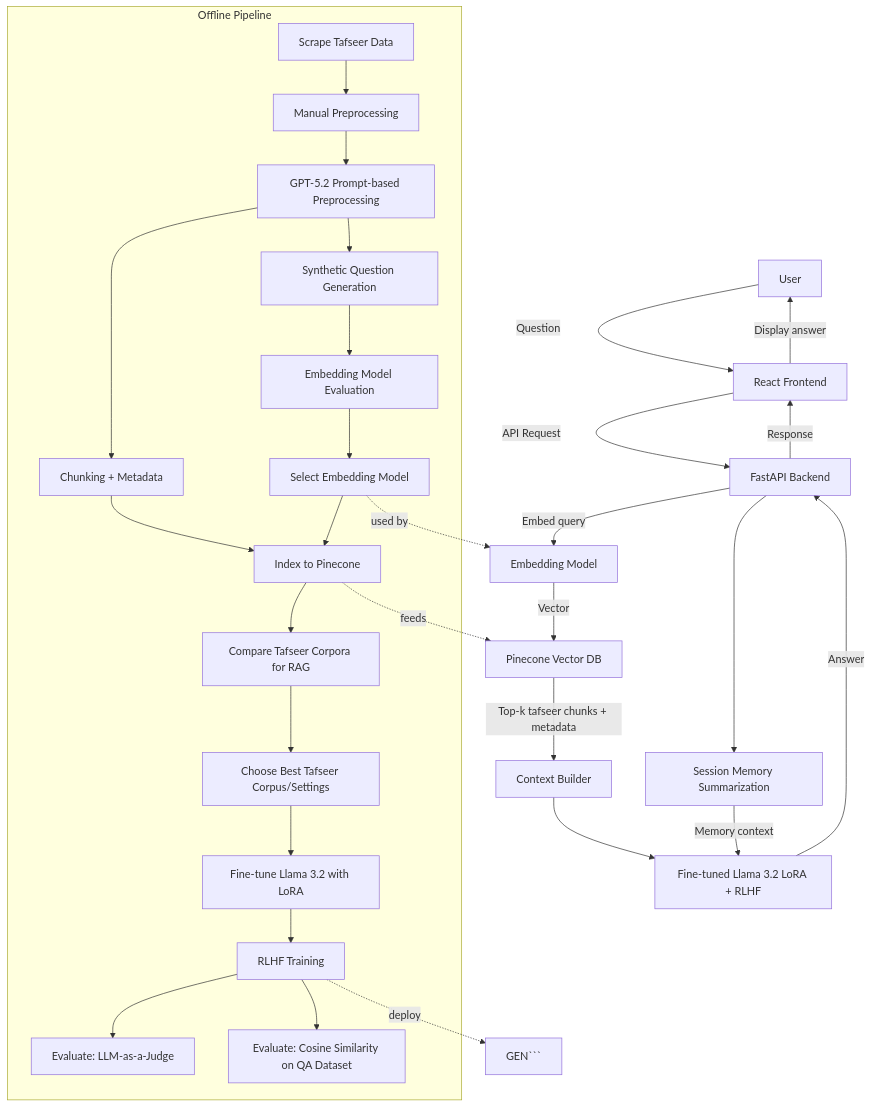
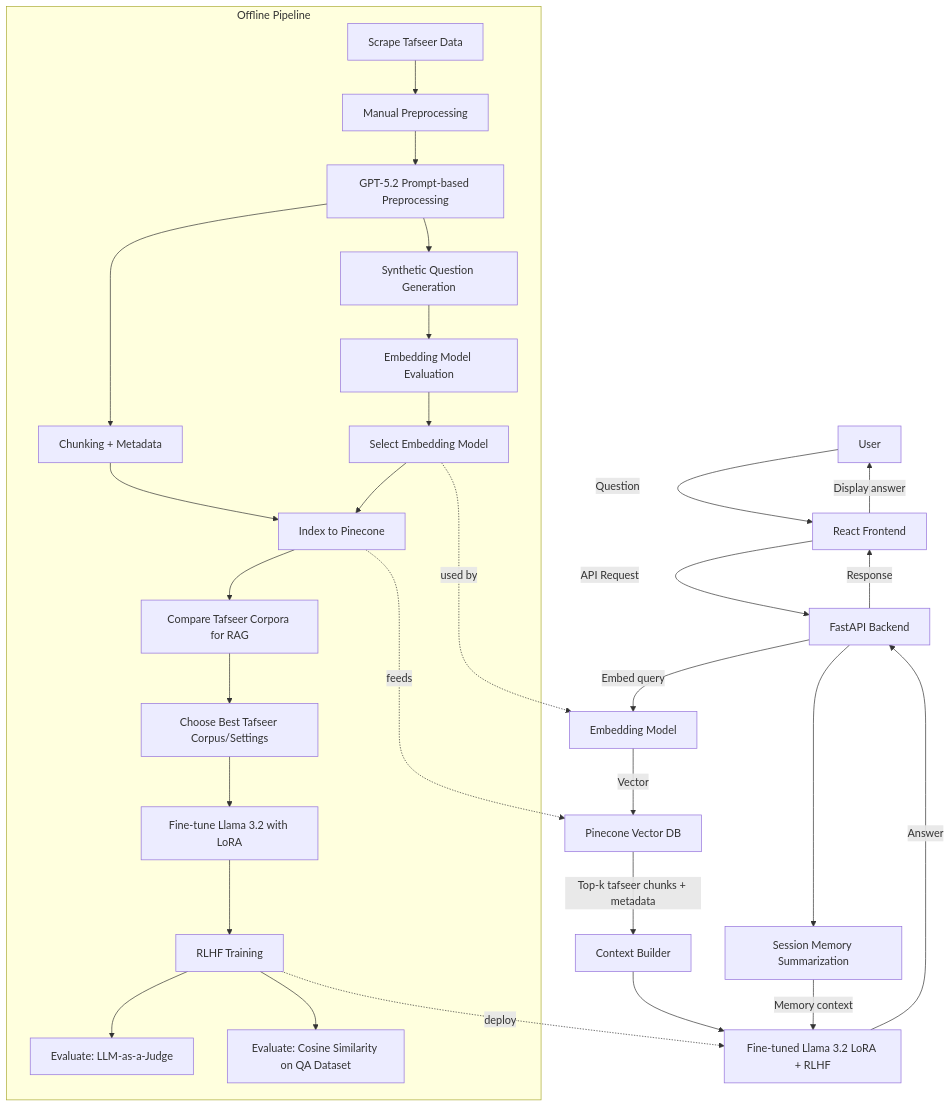
The diagram in README.md (AhmedAshraf4/Retrieval-Augmented-LLM-for-Quranic-and-Hadith-Based-Question-Answering-with-Source-Attribution), drawn with Mermaid before and after one commit.

Commit message:
Fix formatting in README.md

````diff
--- a/README.md
+++ b/README.md
@@ -59,48 +59,48 @@
 ```mermaid
 flowchart TB
   %% User interaction
   U[User] -->|Question| FE[React Frontend]
   FE -->|API Request| API[FastAPI Backend]
 
   %% Retrieval
   API -->|Embed query| EMBQ[Embedding Model]
   EMBQ -->|Vector| PC[Pinecone Vector DB]
   PC -->|Top-k tafseer chunks + metadata| CTX[Context Builder]
 
   %% Generation + Memory
   CTX --> GEN[Fine-tuned Llama 3.2 LoRA + RLHF]
   API --> MEM[Session Memory Summarization]
   MEM -->|Memory context| GEN
   GEN -->|Answer| API
   API -->|Response| FE
   FE -->|Display answer| U
 
   %% Offline training & evaluation (pipeline history)
   subgraph Offline Pipeline
     S1[Scrape Tafseer Data] --> S2[Manual Preprocessing]
     S2 --> S3[GPT-5.2 Prompt-based Preprocessing]
     S3 --> S4[Chunking + Metadata]
     S4 --> IDX[Index to Pinecone]
 
     %% Embedding model selection
     S3 --> QG[Synthetic Question Generation]
     QG --> EVALR[Embedding Model Evaluation]
     EVALR --> EMBSEL[Select Embedding Model]
     EMBSEL --> IDX
 
     %% Tafseer corpora comparison (happens before fine-tuning)
     IDX --> COMP[Compare Tafseer Corpora for RAG]
     COMP --> DEC[Choose Best Tafseer Corpus/Settings]
 
     %% Fine-tuning AFTER choosing corpus/settings
     DEC --> FT[Fine-tune Llama 3.2 with LoRA]
     FT --> RLHF[RLHF Training]
     RLHF --> EVALLLM[Evaluate: LLM-as-a-Judge]
     RLHF --> EVALCOS[Evaluate: Cosine Similarity on QA Dataset]
   end
 
   %% Offline outputs feeding production
   IDX -.feeds.-> PC
   EMBSEL -.used by.-> EMBQ
-  RLHF -.deploy.-> GEN```
+  RLHF -.deploy.-> GEN
 ```
````
